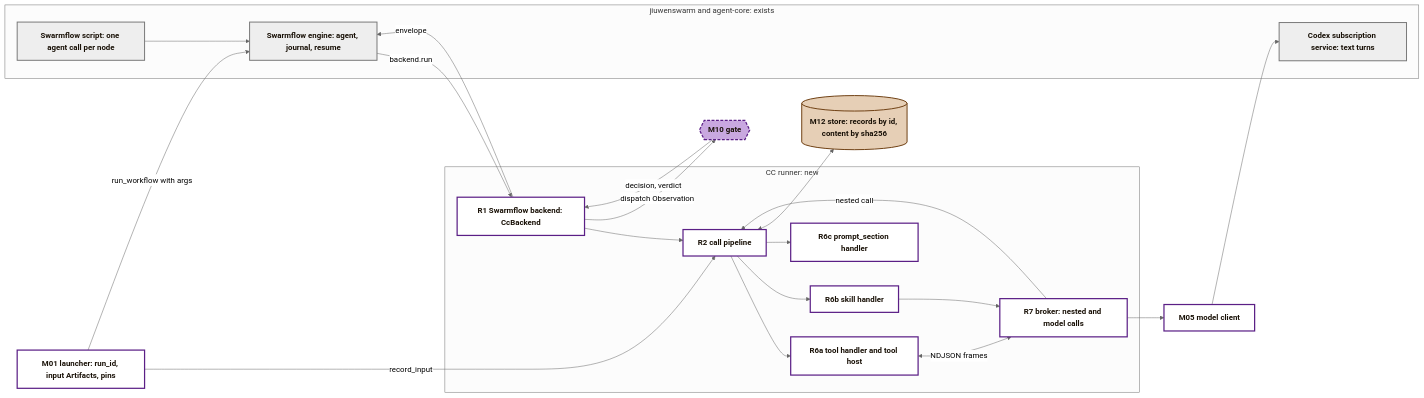
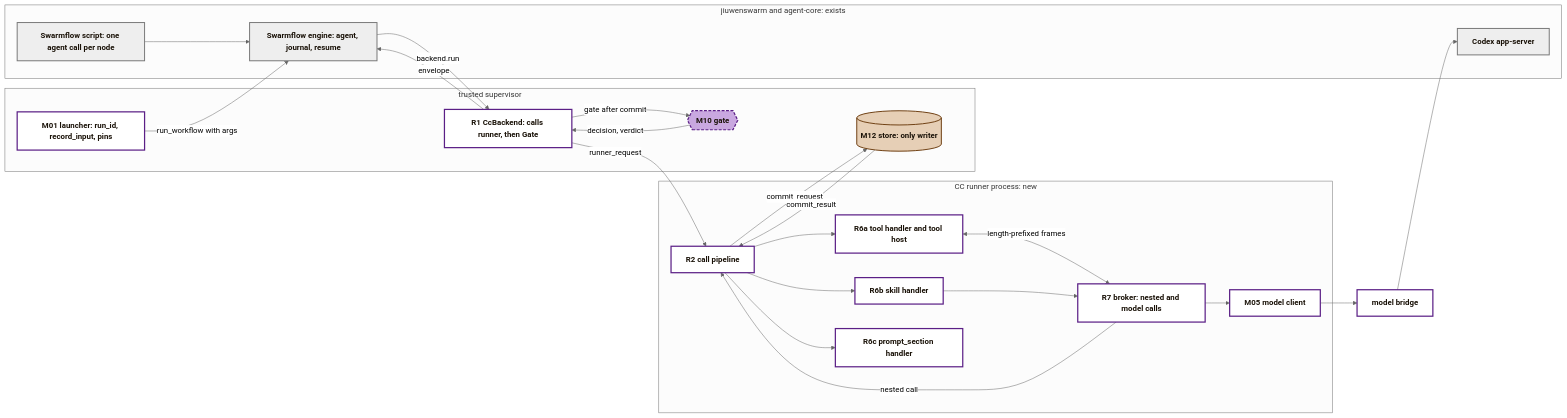
One commit to Stellven/jiuwenswarm changed the first of 3 diagrams in docs/architecture/capsule/runner.md. Above: the diagram before and after it, drawn with Mermaid (neutral theme). The commit also changed other lines of this file and 324 other files, not shown here.

First line of the commit message:
Reorganize architecture library into one thin, current M1 design

````diff
--- a/docs/architecture/capsule/runner.md
+++ b/docs/architecture/capsule/runner.md
@@ -52,37 +59,41 @@
 ```mermaid
 flowchart LR
     subgraph JS["jiuwenswarm and agent-core: exists"]
         SCR["Swarmflow script: one agent call per node"]:::js
         ENG["Swarmflow engine: agent, journal, resume"]:::js
-        CDX["Codex subscription service: text turns"]:::js
+        CDX["Codex app-server"]:::js
     end
-    LN["M01 launcher: run_id, input Artifacts, pins"]:::ctrl
-    subgraph RUNNER["CC runner: new"]
-        BK["R1 Swarmflow backend: CcBackend"]:::ctrl
+    subgraph SUP["trusted supervisor"]
+        LN["M01 launcher: run_id, record_input, pins"]:::ctrl
+        BK["R1 CcBackend: calls runner, then Gate"]:::ctrl
+        GATE{{"M10 gate"}}:::gate
+        STORE[("M12 store: only writer")]:::rec
+    end
+    subgraph RUNNER["CC runner process: new"]
         CORE["R2 call pipeline"]:::ctrl
         H1["R6a tool handler and tool host"]:::ctrl
         H2["R6b skill handler"]:::ctrl
         H3["R6c prompt_section handler"]:::ctrl
         BRK["R7 broker: nested and model calls"]:::ctrl
+        MC["M05 model client"]:::ctrl
     end
-    STORE[("M12 store: records by id, content by sha256")]:::rec
-    MC["M05 model client"]:::ctrl
-    GATE{{"M10 gate"}}:::gate
+    BR["model bridge"]:::ctrl
     LN -->|"run_workflow with args"| ENG
-    LN -->|"record_input"| CORE
-    SCR --> ENG -->|"backend.run"| BK --> CORE
+    SCR --> ENG -->|"backend.run"| BK
+    BK -->|"runner_request"| CORE
     CORE --> H1 & H2 & H3
-    H1 <-->|"NDJSON frames"| BRK
+    H1 <-->|"length-prefixed frames"| BRK
     H2 --> BRK
     BRK -->|"nested call"| CORE
-    BRK --> MC --> CDX
-    CORE <--> STORE
-    BK -->|"dispatch Observation"| GATE
+    BRK --> MC --> BR --> CDX
+    CORE -->|"commit_request"| STORE
+    STORE -->|"commit_result"| CORE
+    BK -->|"gate after commit"| GATE
     GATE -->|"decision, verdict"| BK
     BK -->|"envelope"| ENG
 
     classDef js fill:#EEEEEE,stroke:#777777,stroke-width:2px,color:#1a1208,font-weight:bold
     classDef ctrl fill:#ffffff,stroke:#5B1F86,stroke-width:2.5px,color:#1a1208,font-weight:bold
     classDef gate fill:#C9A8E0,stroke:#5B1F86,stroke-width:2.5px,stroke-dasharray:6 3,color:#1a1208,font-weight:bold
     classDef rec fill:#E6CFB6,stroke:#6E3F12,stroke-width:2px,color:#1a1208,font-weight:bold
 ```
````
